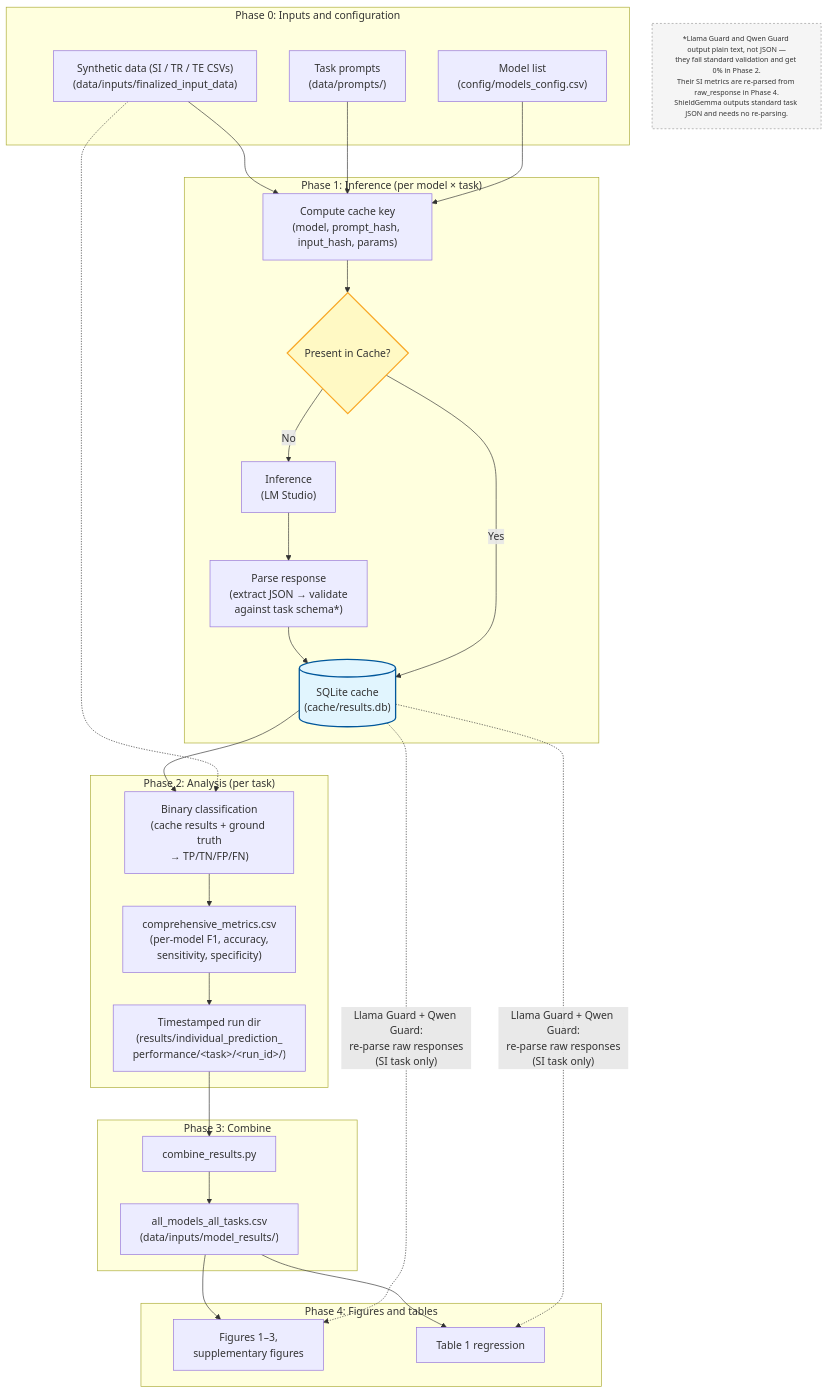
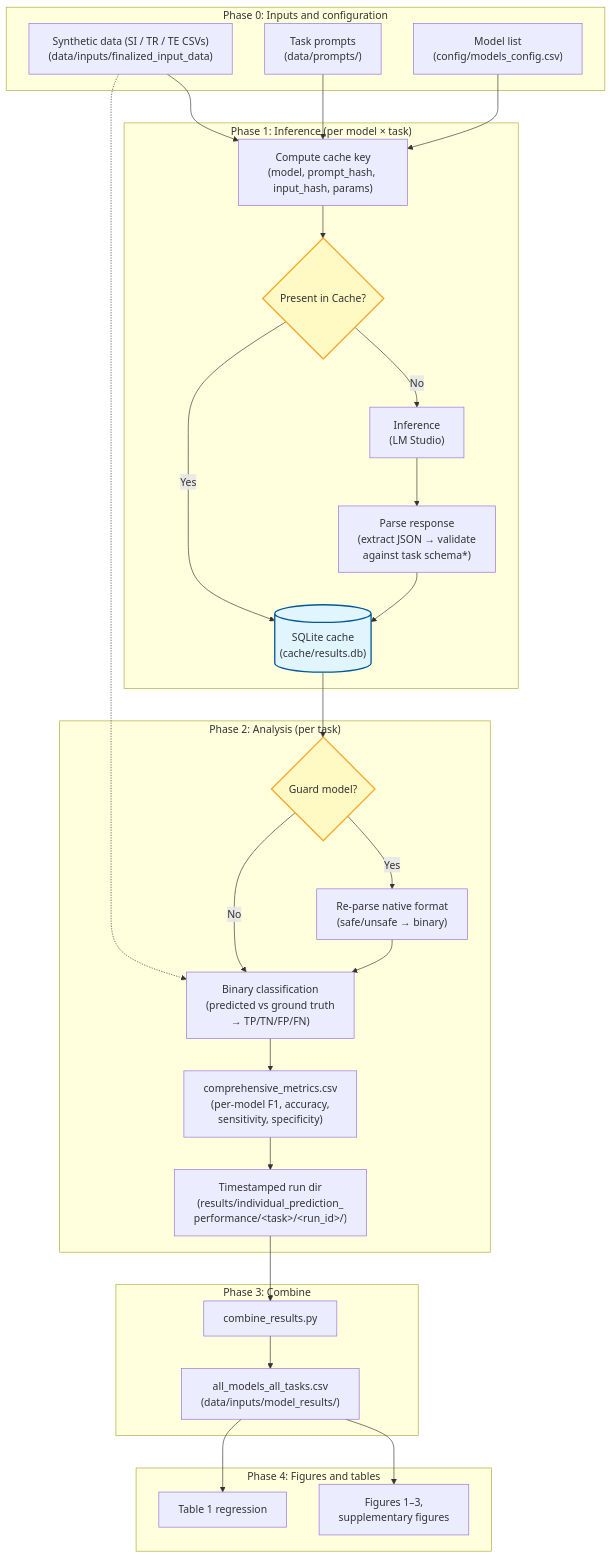
One commit to markkalinich/mental-health-finetune-analysis changed the diagram in README.md. Above: the diagram before and after it, drawn with Mermaid. The commit also changed 16 other files, not shown here.

First line of the commit message:
Move guard re-parsing from Phase 4 into Phase 2 (data_loader)

````diff
--- a/README.md
+++ b/README.md
@@ -23,44 +23,43 @@
 ```mermaid
 flowchart TB
     subgraph P0["Phase 0: Inputs and configuration"]
         data["Synthetic data (SI / TR / TE CSVs)\n(data/inputs/finalized_input_data)"]
         prompts["Task prompts\n(data/prompts/)"]
         cfg["Model list\n(config/models_config.csv)"]
     end
 
     subgraph P1["Phase 1: Inference (per model × task)"]
         data --> keygen["Compute cache key\n(model, prompt_hash, input_hash, params)"]
         prompts --> keygen
         cfg --> keygen
         keygen --> check{"Present in Cache?"}
         check -->|"No"| lms["Inference\n(LM Studio)"]
         lms --> parse["Parse response\n(extract JSON → validate\nagainst task schema*)"]
         parse --> cache[("SQLite cache\n(cache/results.db)")]
         check -->|"Yes"| cache
     end
 
     subgraph P2["Phase 2: Analysis (per task)"]
-        cache --> classify["Binary classification\n(cache results + ground truth\n→ TP/TN/FP/FN)"]
+        cache --> guardcheck{"Guard model?"}
+        guardcheck -->|"Yes"| reparse["Re-parse native format\n(safe/unsafe → binary)"]
+        guardcheck -->|"No"| classify["Binary classification\n(predicted vs ground truth\n→ TP/TN/FP/FN)"]
+        reparse --> classify
         data -.-> classify
         classify --> metrics["comprehensive_metrics.csv\n(per-model F1, accuracy,\nsensitivity, specificity)"]
         metrics --> runs["Timestamped run dir\n(results/individual_prediction_\nperformance/&lt;task&gt;/&lt;run_id&gt;/)"]
     end
 
     subgraph P3["Phase 3: Combine"]
         runs --> combine["combine_results.py"]
         combine --> combined["all_models_all_tasks.csv\n(data/inputs/model_results/)"]
     end
 
     subgraph P4["Phase 4: Figures and tables"]
         combined --> figs["Figures 1–3,\nsupplementary figures"]
         combined --> tab1["Table 1 regression"]
-        cache -.->|"Llama Guard + Qwen Guard:\nre-parse raw responses\n(SI task only)"| figs
-        cache -.->|"Llama Guard + Qwen Guard:\nre-parse raw responses\n(SI task only)"| tab1
     end
-
-    footnote["*Llama Guard and Qwen Guard output plain text, not JSON —\nthey fail standard validation and get 0% in Phase 2.\nTheir SI metrics are re-parsed from raw_response in Phase 4.\nShieldGemma outputs standard task JSON and needs no re-parsing."]
 
     style cache fill:#e1f5fe,stroke:#01579b,stroke-width:2px
     style check fill:#fff9c4,stroke:#f9a825,stroke-width:2px
-    style footnote fill:#f5f5f5,stroke:#999,stroke-dasharray:3,font-size:11px
+    style guardcheck fill:#fff9c4,stroke:#f9a825,stroke-width:2px
 ```
````
